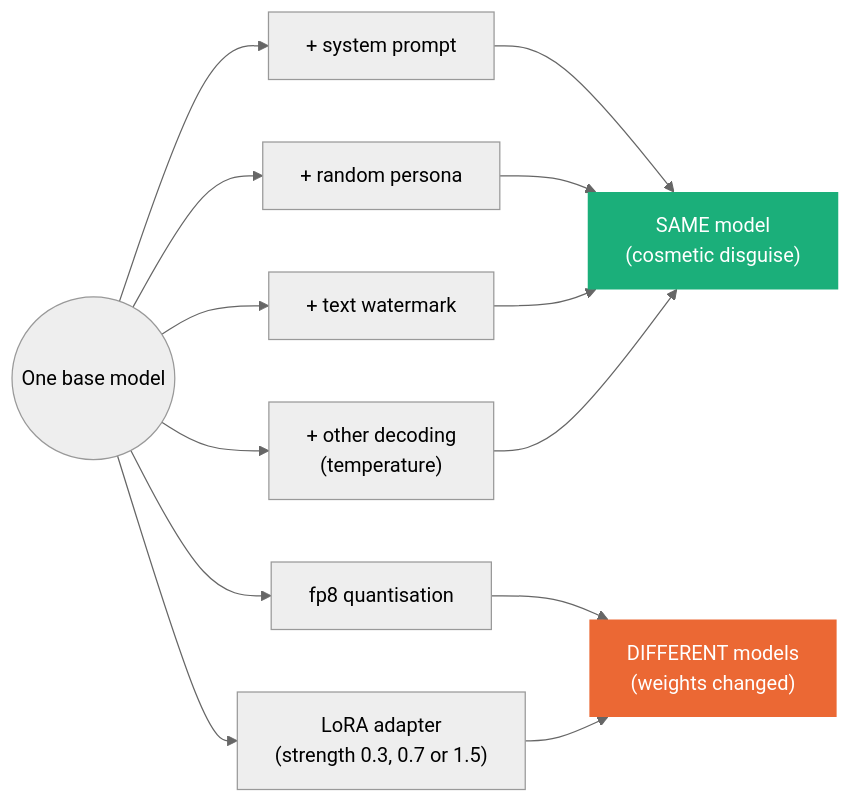
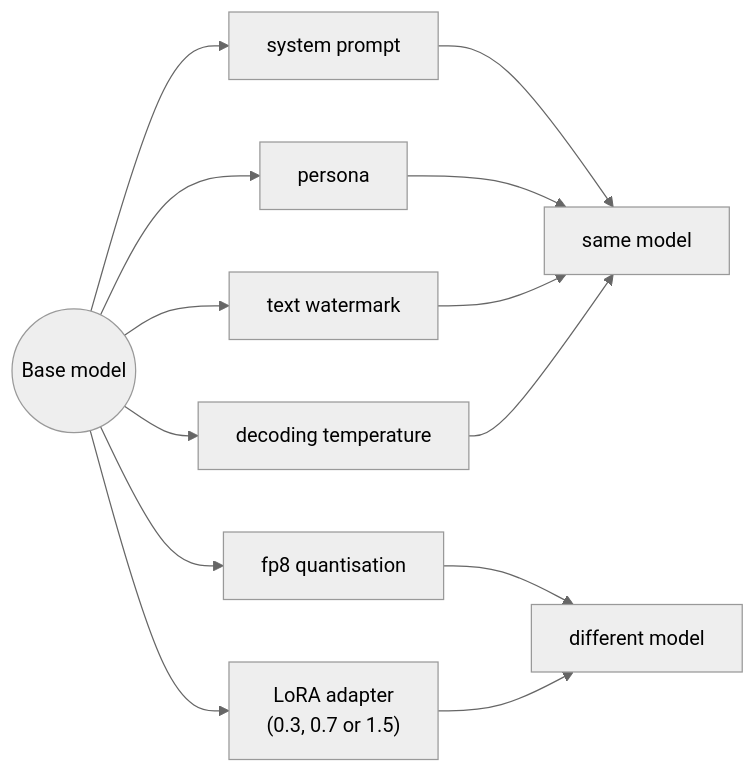
Before and after one commit to no0e/European_ai_championship: the first of 2 diagrams in task2/README.md, drawn with Mermaid (neutral theme). The commit also changed other lines of this file and 17 other files, not shown here.

````diff
--- a/task2/README.md
+++ b/task2/README.md
@@ -15,13 +14,11 @@
 ```mermaid
 flowchart LR
-    B(("One base model")) --> S1["+ system prompt"]
-    B --> S2["+ random persona"]
-    B --> S3["+ text watermark"]
-    B --> S4["+ other decoding<br/>(temperature)"]
+    B(("Base model")) --> S1["system prompt"]
+    B --> S2["persona"]
+    B --> S3["text watermark"]
+    B --> S4["decoding temperature"]
     B --> W1["fp8 quantisation"]
-    B --> W2["LoRA adapter<br/>(strength 0.3, 0.7 or 1.5)"]
-    S1 & S2 & S3 & S4 --> SAME["SAME model<br/>(cosmetic disguise)"]
-    W1 & W2 --> DIFF["DIFFERENT models<br/>(weights changed)"]
-    style SAME fill:#1baf7a,color:#fff,stroke:none
-    style DIFF fill:#eb6834,color:#fff,stroke:none
+    B --> W2["LoRA adapter<br/>(0.3, 0.7 or 1.5)"]
+    S1 & S2 & S3 & S4 --> SAME["same model"]
+    W1 & W2 --> DIFF["different model"]
 ```
````
